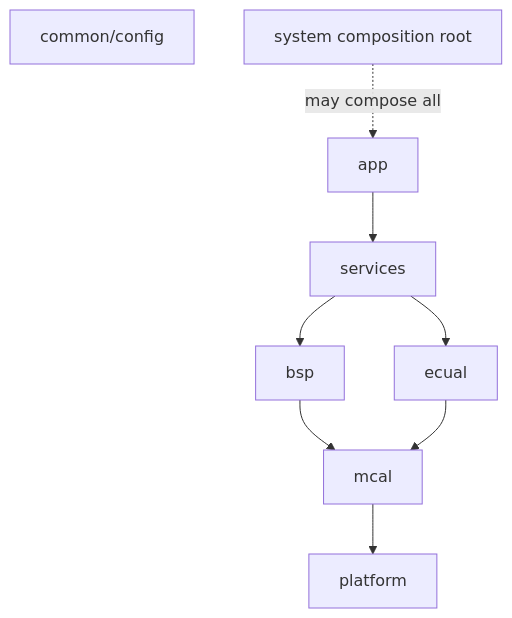
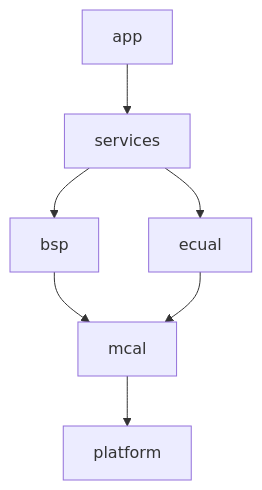
Before and after one commit to haikevins/stm32f1-register-level-baremetal: the third of 3 diagrams in README.md, drawn with Mermaid. The commit also changed other lines of this file and 4 other files, not shown here.

````diff
--- a/README.md
+++ b/README.md
@@ -78,11 +84,9 @@
 ```mermaid
-flowchart TD
+flowchart TB
     APP["app"] --> SVC["services"]
     SVC --> BSP["bsp"]
     SVC --> ECUAL["ecual"]
     BSP --> MCAL["mcal"]
     ECUAL --> MCAL
     MCAL --> PLATFORM["platform"]
-    COMMON["common/config"]
-    SYS["system composition root"] -. may compose all .-> APP
 ```
````
